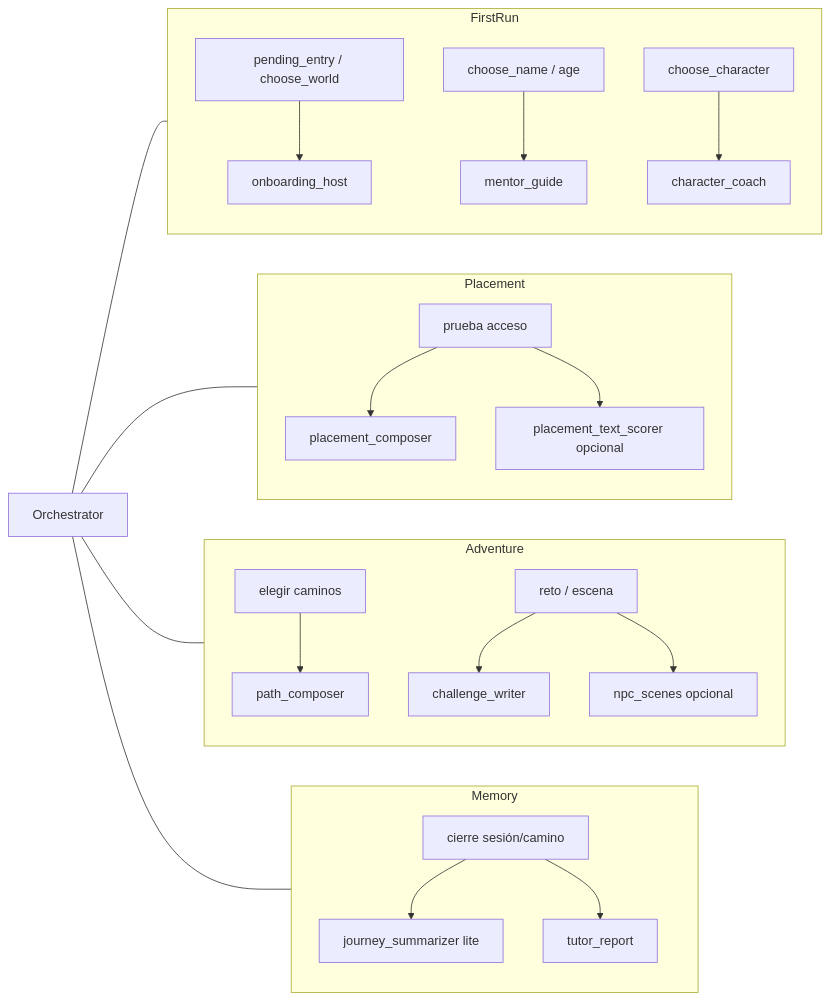
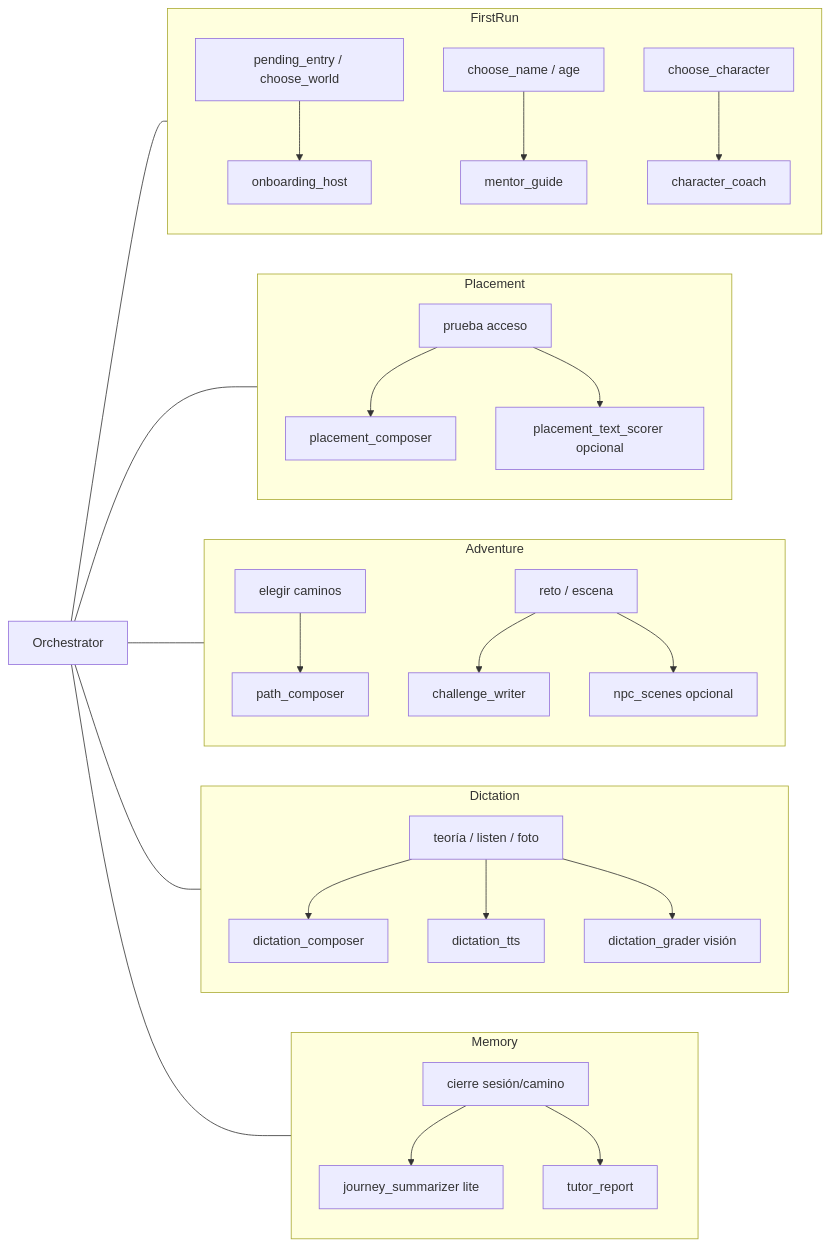
The second of 3 diagrams in .cursor/diagrams/15-ai-orchestrator-agents.md (KuiperBelt-PRO/kidepik), drawn with Mermaid before and after one commit. The commit also changed other lines of this file and 79 other files, not shown here.

First line of the commit message:
WIP: add dictation flow backend, UI and specs

````diff
--- a/.cursor/diagrams/15-ai-orchestrator-agents.md
+++ b/.cursor/diagrams/15-ai-orchestrator-agents.md
@@ -37,25 +37,31 @@
 ```mermaid
 flowchart LR
   subgraph FirstRun
     PE[pending_entry / choose_world] --> OH[onboarding_host]
     NA[choose_name / age] --> MG[mentor_guide]
     CH[choose_character] --> CC[character_coach]
   end
   subgraph Placement
     PL[prueba acceso] --> PC[placement_composer]
     PL --> PTS[placement_text_scorer opcional]
   end
   subgraph Adventure
     PATH[elegir caminos] --> PAC[path_composer]
     RETO[reto / escena] --> CW[challenge_writer]
     RETO --> NPC[npc_scenes opcional]
   end
+  subgraph Dictation
+    DT[teoría / listen / foto] --> DC[dictation_composer]
+    DT --> TTS[dictation_tts]
+    DT --> DG[dictation_grader visión]
+  end
   subgraph Memory
     FIN[cierre sesión/camino] --> JS[journey_summarizer lite]
     FIN --> TR[tutor_report]
   end
   Orch2[Orchestrator] --- FirstRun
   Orch2 --- Placement
   Orch2 --- Adventure
+  Orch2 --- Dictation
   Orch2 --- Memory
 ```
````
